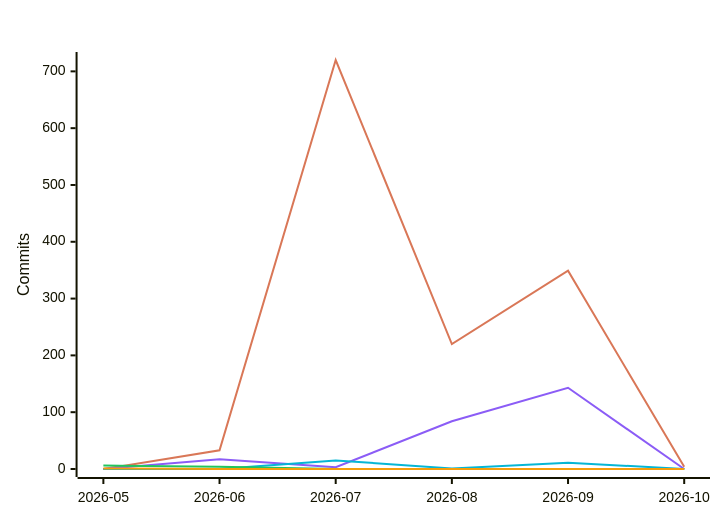
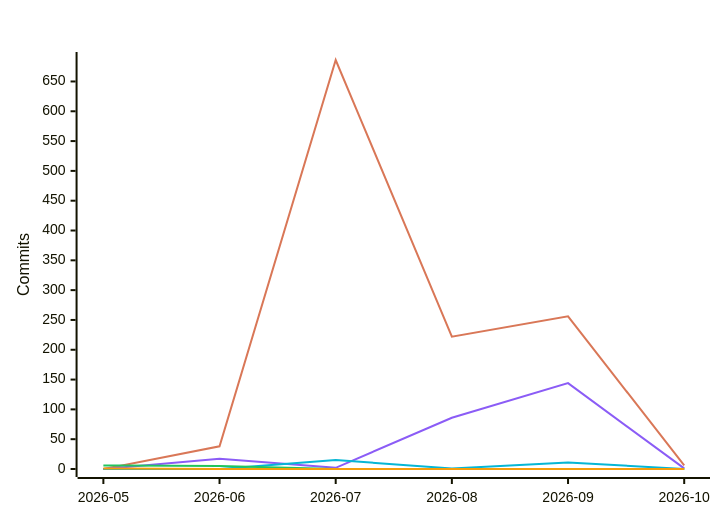
The fifth of 7 diagrams in README.md (polo-nyan/polo-nyan), drawn with Mermaid before and after one commit. The commit also changed other lines of this file and 1 other file, not shown here.

````diff
--- a/README.md
+++ b/README.md
@@ -313,12 +313,12 @@
 ```mermaid
 %%{init: {"xyChart": {"titleColor": "#ffffff", "xAxisLabelColor": "#ffffff", "yAxisLabelColor": "#ffffff"}, "themeVariables": {"xyChart": {"titleColor": "#ffffff", "plotColorPalette": "#d97757, #8b5cf6, #06b6d4, #22c55e, #f59e0b, #ec4899"}}}}%%
 xychart-beta
     title "Commits Per Month by Model Family"
     x-axis ["2026-05", "2026-06", "2026-07", "2026-08", "2026-09", "2026-10"]
     y-axis "Commits"
-    line [0, 33, 720, 220, 349, 4]
-    line [0, 17, 3, 84, 143, 0]
+    line [0, 38, 686, 222, 256, 6]
+    line [0, 17, 2, 86, 144, 1]
     line [0, 0, 15, 1, 11, 0]
-    line [6, 4, 0, 0, 0, 0]
+    line [6, 5, 0, 0, 0, 0]
     line [1, 0, 0, 0, 0, 0]
 ```
````
